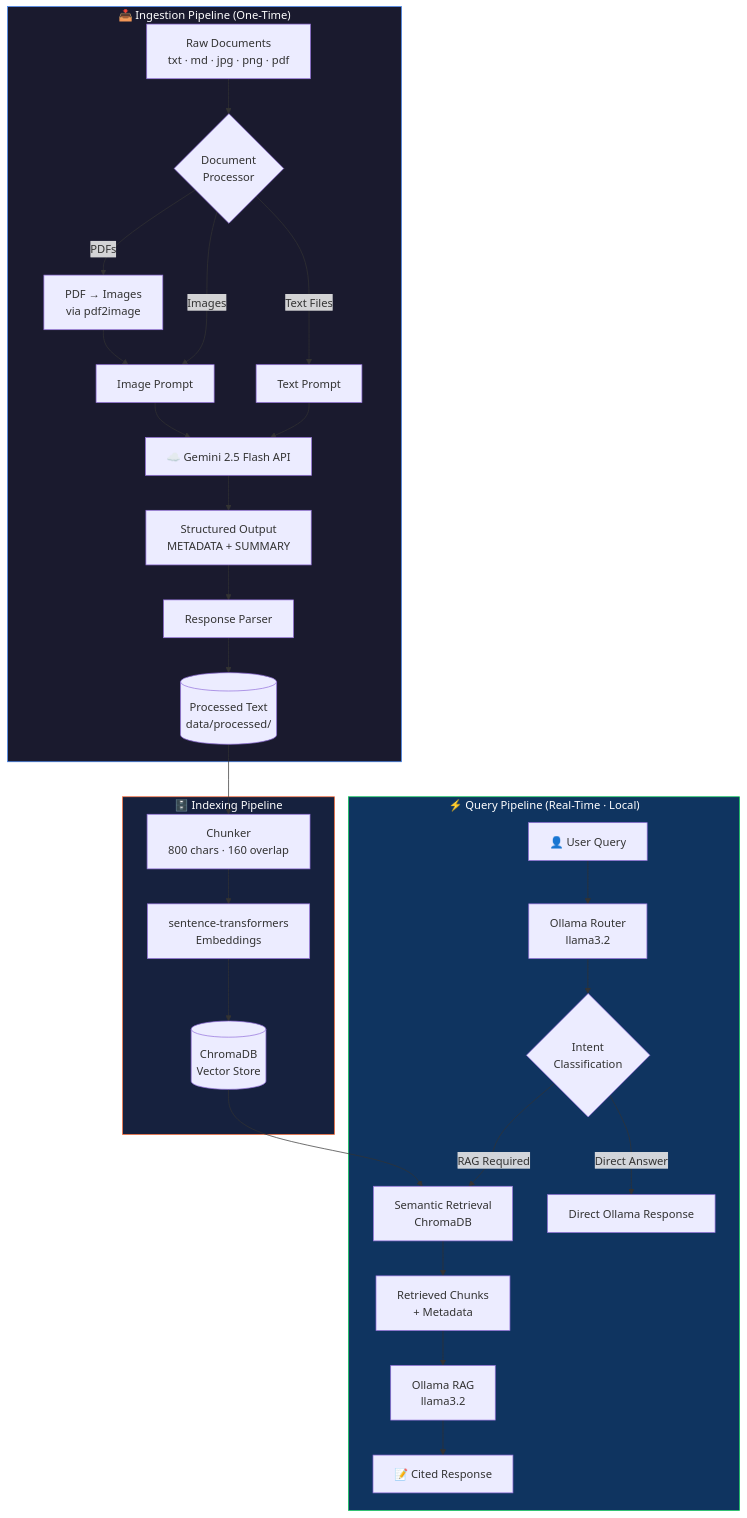
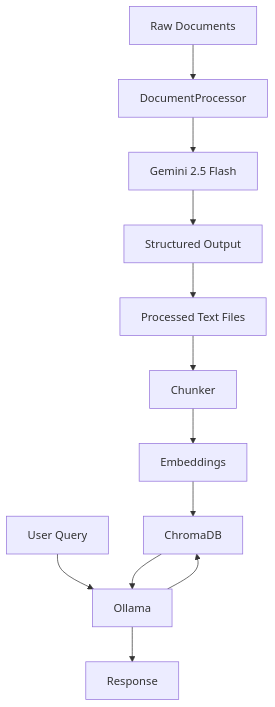
One commit to rahman-misbah/amu-rag changed the diagram in README.md. Above: the diagram before and after it, drawn with Mermaid. The commit also changed other lines of this file, not shown here.

````diff
--- a/README.md
+++ b/README.md
@@ -55,36 +61,16 @@
 ```mermaid
 graph TB
-    subgraph INGESTION["📥 Ingestion Pipeline (One-Time)"]
-        A[Raw Documents<br/>txt · md · jpg · png · pdf] --> B{Document<br/>Processor}
-        B -->|Text Files| C[Text Prompt]
-        B -->|Images| D[Image Prompt]
-        B -->|PDFs| E[PDF → Images<br/>via pdf2image]
-        E --> D
-        C --> F[☁️ Gemini 2.5 Flash API]
-        D --> F
-        F --> G[Structured Output<br/>METADATA + SUMMARY]
-        G --> H[Response Parser]
-        H --> I[(Processed Text<br/>data/processed/)]
-    end
+    A[Raw Documents] --> B[DocumentProcessor]
+    B --> C[Gemini 2.5 Flash]
+    C --> D[Structured Output]
+    D --> E[Processed Text Files]
 
-    subgraph INDEXING["🗄️ Indexing Pipeline"]
-        I --> J[Chunker<br/>800 chars · 160 overlap]
-        J --> K[sentence-transformers<br/>Embeddings]
-        K --> L[(ChromaDB<br/>Vector Store)]
-    end
+    E --> F[Chunker]
+    F --> G[Embeddings]
+    G --> H[ChromaDB]
 
-    subgraph QUERY["⚡ Query Pipeline (Real-Time · Local)"]
-        M[👤 User Query] --> N[Ollama Router<br/>llama3.2]
-        N --> O{Intent<br/>Classification}
-        O -->|RAG Required| P[Semantic Retrieval<br/>ChromaDB]
-        L --> P
-        P --> Q[Retrieved Chunks<br/>+ Metadata]
-        Q --> R[Ollama RAG<br/>llama3.2]
-        R --> S[📝 Cited Response]
-        O -->|Direct Answer| T[Direct Ollama Response]
-    end
-
-    style INGESTION fill:#1a1a2e,stroke:#4285F4,color:#fff
-    style INDEXING fill:#16213e,stroke:#FF6B35,color:#fff
-    style QUERY fill:#0f3460,stroke:#00C851,color:#fff
+    Q[User Query] --> I[Ollama]
+    I --> H
+    H --> I
+    I --> R[Response]
 ```
````
